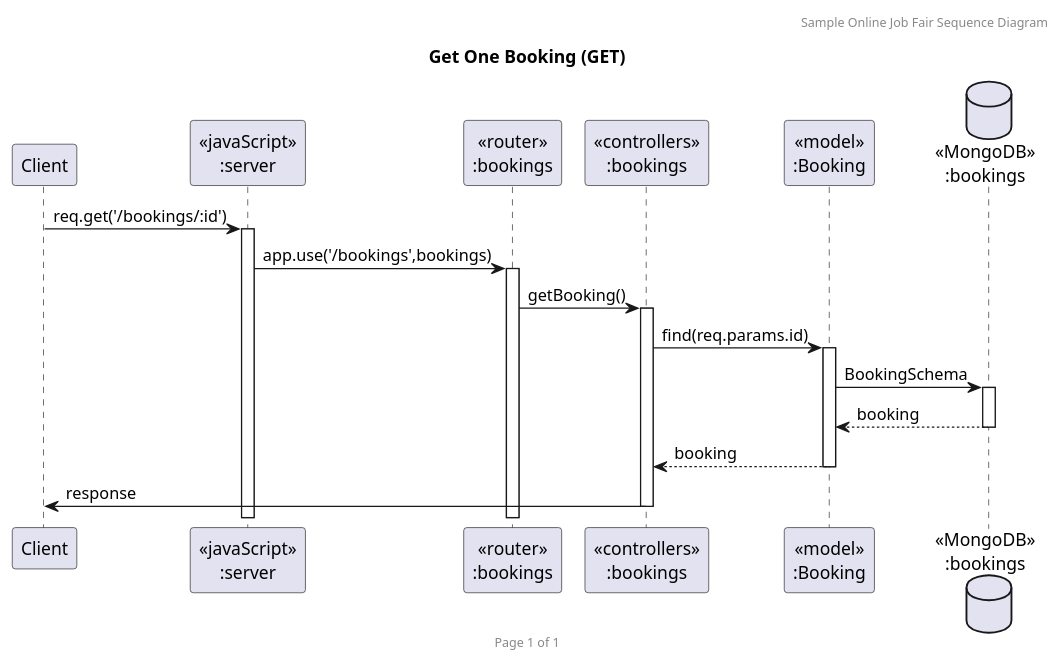
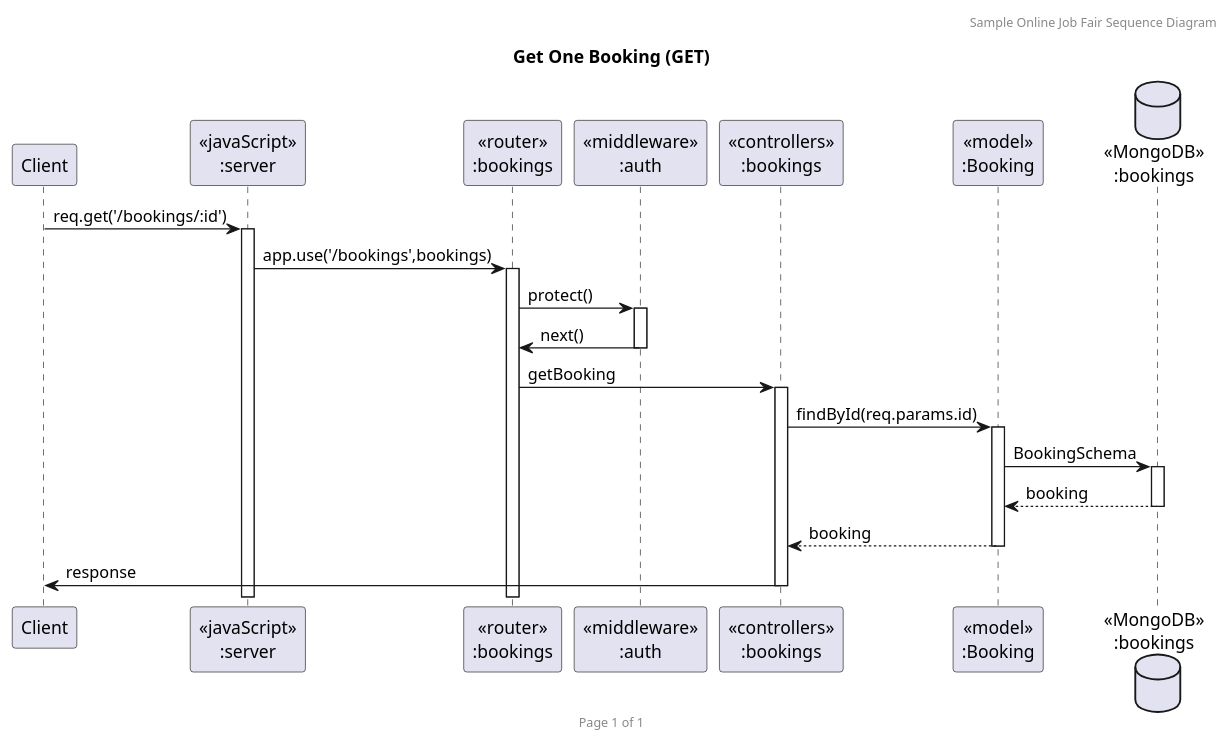
One commit to armernuntiya/SWDevI changed the diagram in PlantUML/JobFairSequenceBookingGETOne.puml. Above: the diagram before and after it, drawn with PlantUML. The commit also changed 14 other files, not shown here.

Commit message:
Edit:diagram puml

```diff
--- a/PlantUML/JobFairSequenceBookingGETOne.puml
+++ b/PlantUML/JobFairSequenceBookingGETOne.puml
@@ -2,25 +2,28 @@
 @startuml Manage Booking (GET)
 
 header Sample Online Job Fair Sequence Diagram
 footer Page %page% of %lastpage%
 title "Get One Booking (GET)"
 
 participant "Client" as client
 participant "<<javaScript>>\n:server" as server
 participant "<<router>>\n:bookings" as routerBookings
+participant "<<middleware>>\n:auth" as authMiddleware
 participant "<<controllers>>\n:bookings" as controllersBookings
 participant "<<model>>\n:Booking" as modelBooking
 database "<<MongoDB>>\n:bookings" as BookingsDatabase
 
 client->server ++:req.get('/bookings/:id')
 server->routerBookings ++:app.use('/bookings',bookings)
-routerBookings -> controllersBookings ++:getBooking()
-controllersBookings -> modelBooking ++:find(req.params.id)
+routerBookings -> authMiddleware ++: protect()
+routerBookings <- authMiddleware --: next()
+routerBookings -> controllersBookings ++:getBooking
+controllersBookings -> modelBooking ++:findById(req.params.id)
 modelBooking -> BookingsDatabase ++: BookingSchema
 BookingsDatabase --> modelBooking --: booking
 controllersBookings <-- modelBooking --: booking
 controllersBookings->client --:response
 
 
 
 @enduml
```
